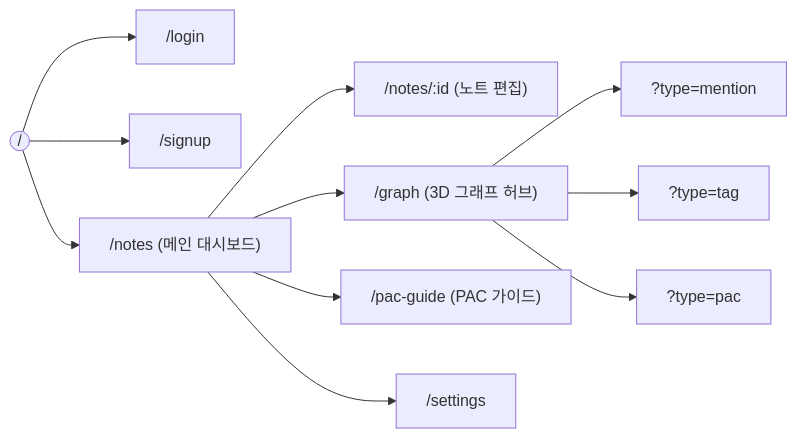
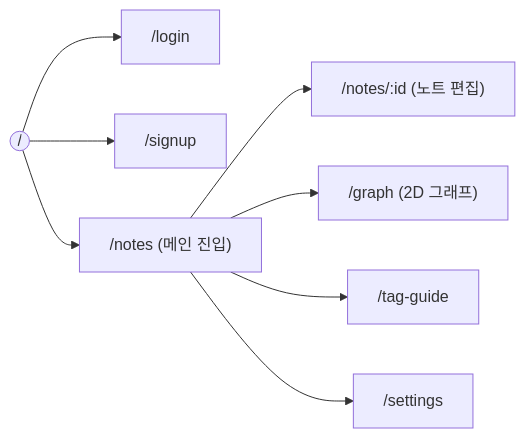
One commit to GC-Five-Guys/Docs changed the first of 3 diagrams in 03_설계/화면_설계서.md. Above: the diagram before and after it, drawn with Mermaid. The commit also changed other lines of this file and 4 other files, not shown here.

````diff
--- a/03_설계/화면_설계서.md
+++ b/03_설계/화면_설계서.md
@@ -11,15 +24,11 @@
 ```mermaid
 flowchart LR
   R(("/")) --> L["/login"]
   R --> SU["/signup"]
-  R --> M["/notes (메인 대시보드)"]
+  R --> M["/notes (메인 진입)"]
 
   M --> N["/notes/:id (노트 편집)"]
-  M --> G["/graph (3D 그래프 허브)"]
-  M --> P["/pac-guide (PAC 가이드)"]
+  M --> G["/graph (2D 그래프)"]
+  M --> T["/tag-guide"]
   M --> S["/settings"]
-
-  G --> G1["?type=mention"]
-  G --> G2["?type=tag"]
-  G --> G3["?type=pac"]
 ```
````
